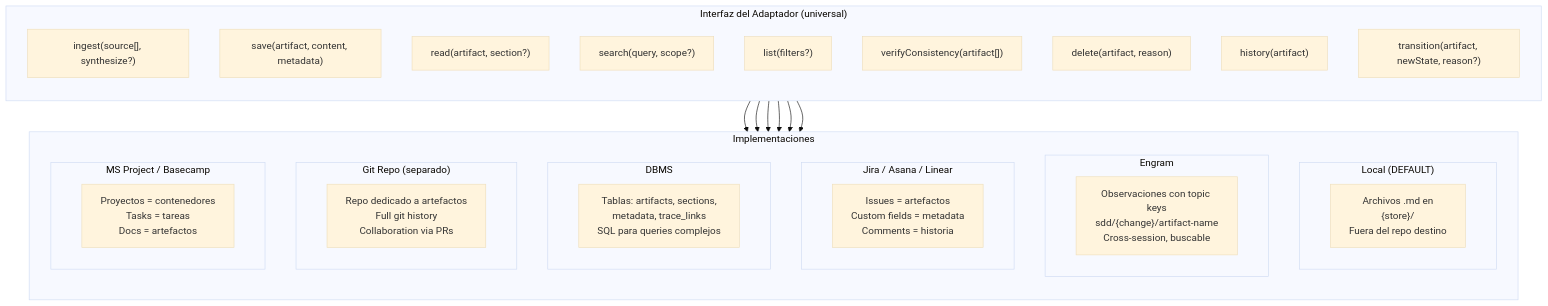
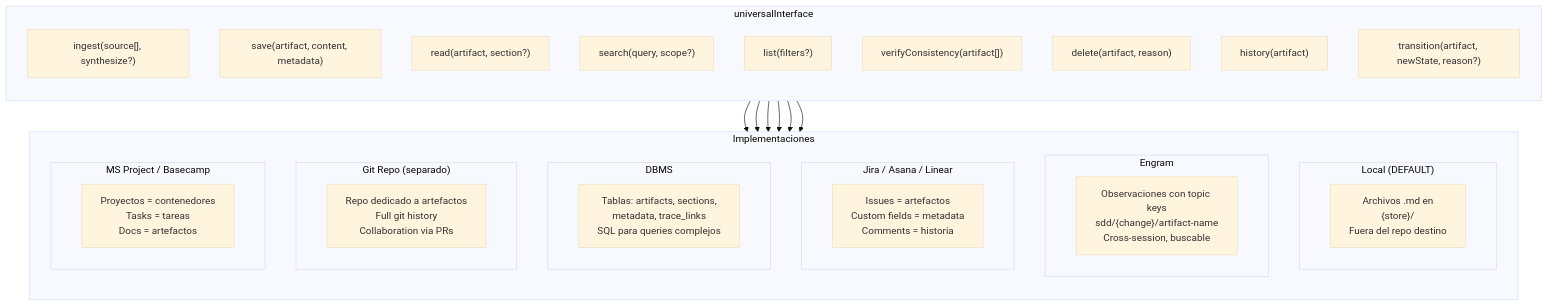
Before and after one commit to virgenherrera/idea-to-mvp: the second of 4 diagrams in docs/planning/artifacts/tpm-adapter.md, drawn with Mermaid (base theme). The commit also changed other lines of this file and 30 other files, not shown here.

````diff
--- a/docs/planning/artifacts/tpm-adapter.md
+++ b/docs/planning/artifacts/tpm-adapter.md
@@ -132,50 +132,50 @@
 ```mermaid
 flowchart TD
-    subgraph INTERFACE["Interfaz del Adaptador (universal)"]
+    subgraph INTERFACE["universalInterface"]
         direction TB
         INGEST["ingest(source[], synthesize?)"]
         SAVE["save(artifact, content, metadata)"]
         READ_OP["read(artifact, section?)"]
         SEARCH["search(query, scope?)"]
         LIST["list(filters?)"]
         VERIFY["verifyConsistency(artifact[])"]
         DELETE["delete(artifact, reason)"]
         HISTORY["history(artifact)"]
         TRANSITION["transition(artifact, newState, reason?)"]
     end
 
     subgraph ADAPTERS["Implementaciones"]
         direction TB
 
         subgraph DEFAULT["Local (DEFAULT)"]
             DF_DESC["Archivos .md en\n{store}/\nFuera del repo destino"]
         end
 
         subgraph ENGRAM_A["Engram"]
             EN_DESC["Observaciones con topic keys\nsdd/{change}/artifact-name\nCross-session, buscable"]
         end
 
         subgraph JIRA_A["Jira / Asana / Linear"]
             JI_DESC["Issues = artefactos\nCustom fields = metadata\nComments = historia"]
         end
 
         subgraph DB_A["DBMS"]
             DB_DESC["Tablas: artifacts, sections,\nmetadata, trace_links\nSQL para queries complejos"]
         end
 
         subgraph GIT_A["Git Repo (separado)"]
             GIT_DESC["Repo dedicado a artefactos\nFull git history\nCollaboration via PRs"]
         end
 
         subgraph MS_A["MS Project / Basecamp"]
             MS_DESC["Proyectos = contenedores\nTasks = tareas\nDocs = artefactos"]
         end
     end
 
     INTERFACE --> DEFAULT
     INTERFACE --> ENGRAM_A
     INTERFACE --> JIRA_A
     INTERFACE --> DB_A
     INTERFACE --> GIT_A
     INTERFACE --> MS_A
 ```
````
